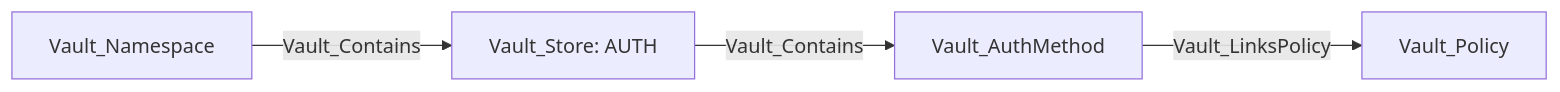
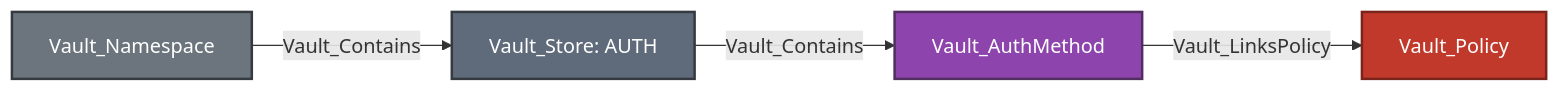
The second of 28 diagrams in Documentation/stores/AUTH.md (bytewreck/opengraph-vault), drawn with Mermaid before and after one commit. The commit also changed other lines of this file, not shown here.

````diff
--- a/Documentation/stores/AUTH.md
+++ b/Documentation/stores/AUTH.md
@@ -118,6 +125,11 @@
 ```mermaid
 flowchart LR
-    namespace[Vault_Namespace] -->|Vault_Contains| store["Vault_Store: AUTH"]
-    store -->|Vault_Contains| method[Vault_AuthMethod]
-    method -->|Vault_LinksPolicy| policy[Vault_Policy]
+    namespace[Vault_Namespace]:::namespaceNode -->|Vault_Contains| store["Vault_Store: AUTH"]:::storeNode
+    store -->|Vault_Contains| method[Vault_AuthMethod]:::authMethodNode
+    method -->|Vault_LinksPolicy| policy[Vault_Policy]:::policyNode
+
+    classDef namespaceNode fill:#6C757D,color:#fff,stroke:#343A40,stroke-width:2px
+    classDef storeNode fill:#5F6B7A,color:#fff,stroke:#343A40,stroke-width:2px
+    classDef authMethodNode fill:#8E44AD,color:#fff,stroke:#512E5F,stroke-width:2px
+    classDef policyNode fill:#C0392B,color:#fff,stroke:#7B241C,stroke-width:2px
 ```
````
